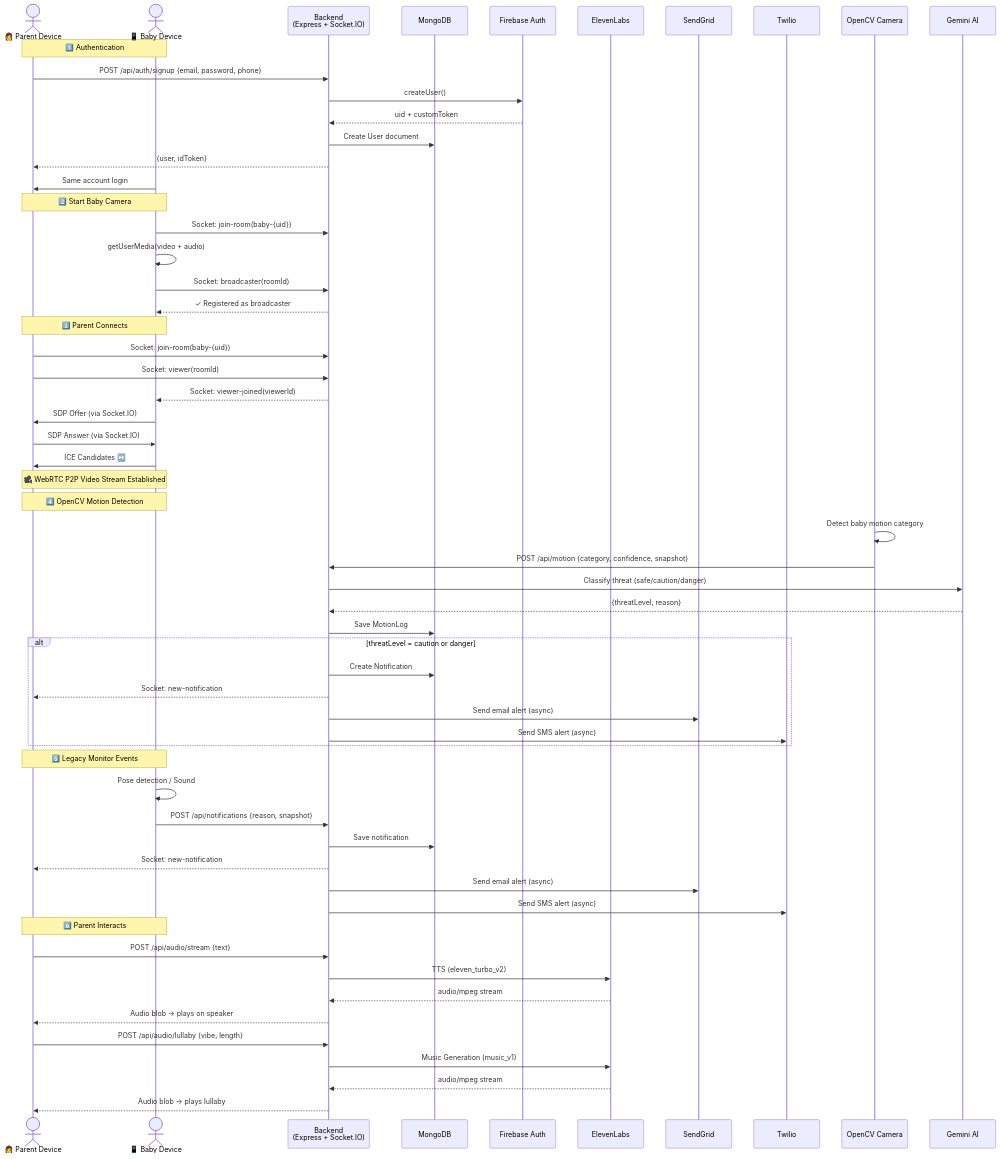
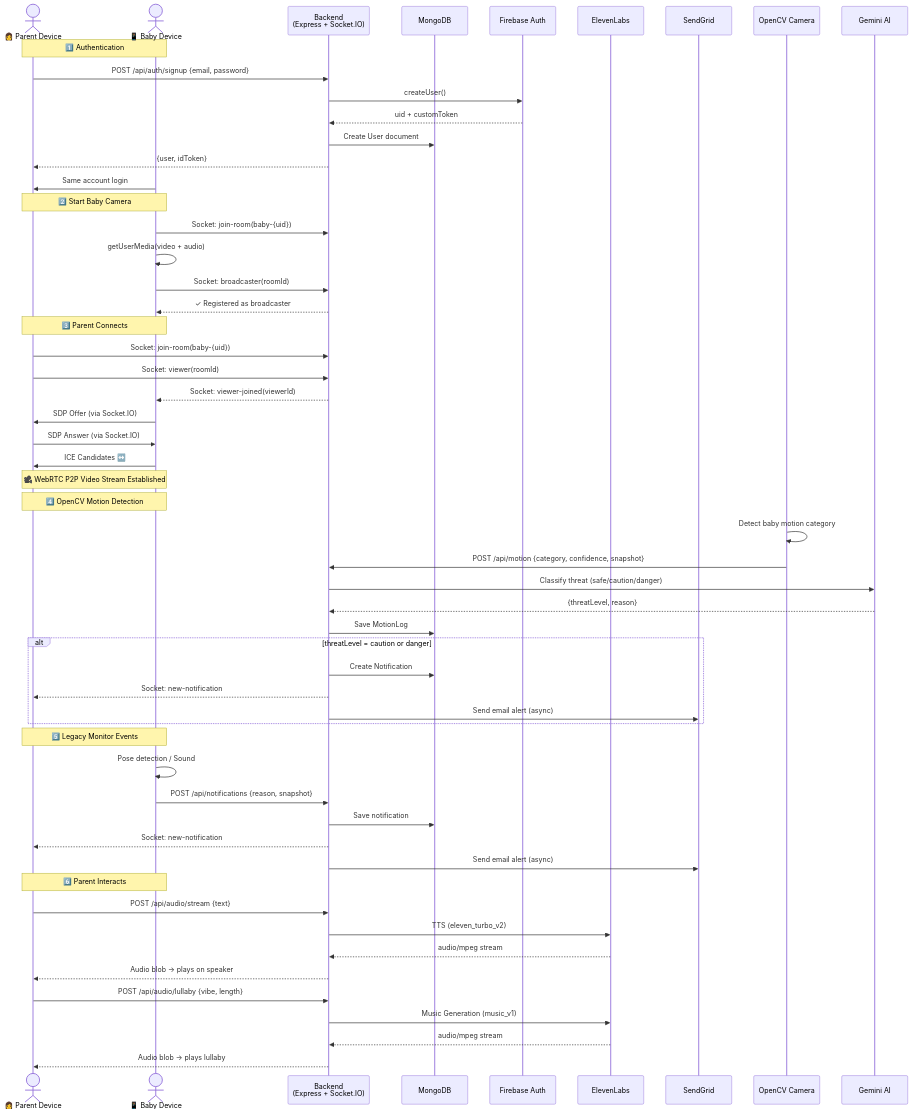
One commit to vvictort/htc-2026 changed the second of 2 diagrams in README.md. Above: the diagram before and after it, drawn with Mermaid. The commit also changed other lines of this file and 8 other files, not shown here.

````diff
--- a/README.md
+++ b/README.md
@@ -88,68 +85,65 @@
 ```mermaid
 sequenceDiagram
     actor Parent as 👩 Parent Device
     actor Baby as 📱 Baby Device
     participant BE as Backend<br/>(Express + Socket.IO)
     participant DB as MongoDB
     participant FB as Firebase Auth
     participant EL as ElevenLabs
     participant SG as SendGrid
-    participant TW as Twilio
 
     Note over Parent, Baby: 1️⃣ Authentication
-    Parent->>BE: POST /api/auth/signup {email, password, phone}
+    Parent->>BE: POST /api/auth/signup {email, password}
     BE->>FB: createUser()
     FB-->>BE: uid + customToken
     BE->>DB: Create User document
     BE-->>Parent: {user, idToken}
     Baby->>Parent: Same account login
 
     Note over Parent, Baby: 2️⃣ Start Baby Camera
     Baby->>BE: Socket: join-room(baby-{uid})
     Baby->>Baby: getUserMedia(video + audio)
     Baby->>BE: Socket: broadcaster(roomId)
     BE-->>Baby: ✓ Registered as broadcaster
 
     Note over Parent, Baby: 3️⃣ Parent Connects
     Parent->>BE: Socket: join-room(baby-{uid})
     Parent->>BE: Socket: viewer(roomId)
     BE-->>Baby: Socket: viewer-joined(viewerId)
     Baby->>Parent: SDP Offer (via Socket.IO)
     Parent->>Baby: SDP Answer (via Socket.IO)
     Baby->>Parent: ICE Candidates ↔️
     Note over Parent, Baby: 🎥 WebRTC P2P Video Stream Established
 
     Note over Parent, Baby: 4️⃣ OpenCV Motion Detection
     participant CV as OpenCV Camera
     participant GM as Gemini AI
     CV->>CV: Detect baby motion category
     CV->>BE: POST /api/motion {category, confidence, snapshot}
     BE->>GM: Classify threat (safe/caution/danger)
     GM-->>BE: {threatLevel, reason}
     BE->>DB: Save MotionLog
     alt threatLevel = caution or danger
         BE->>DB: Create Notification
         BE-->>Parent: Socket: new-notification
         BE->>SG: Send email alert (async)
-        BE->>TW: Send SMS alert (async)
     end
 
     Note over Parent, Baby: 5️⃣ Legacy Monitor Events
     Baby->>Baby: Pose detection / Sound
     Baby->>BE: POST /api/notifications {reason, snapshot}
     BE->>DB: Save notification
     BE-->>Parent: Socket: new-notification
     BE->>SG: Send email alert (async)
-    BE->>TW: Send SMS alert (async)
 
     Note over Parent, Baby: 6️⃣ Parent Interacts
     Parent->>BE: POST /api/audio/stream {text}
     BE->>EL: TTS (eleven_turbo_v2)
     EL-->>BE: audio/mpeg stream
     BE-->>Parent: Audio blob → plays on speaker
 
     Parent->>BE: POST /api/audio/lullaby {vibe, length}
     BE->>EL: Music Generation (music_v1)
     EL-->>BE: audio/mpeg stream
     BE-->>Parent: Audio blob → plays lullaby
 ```
````
